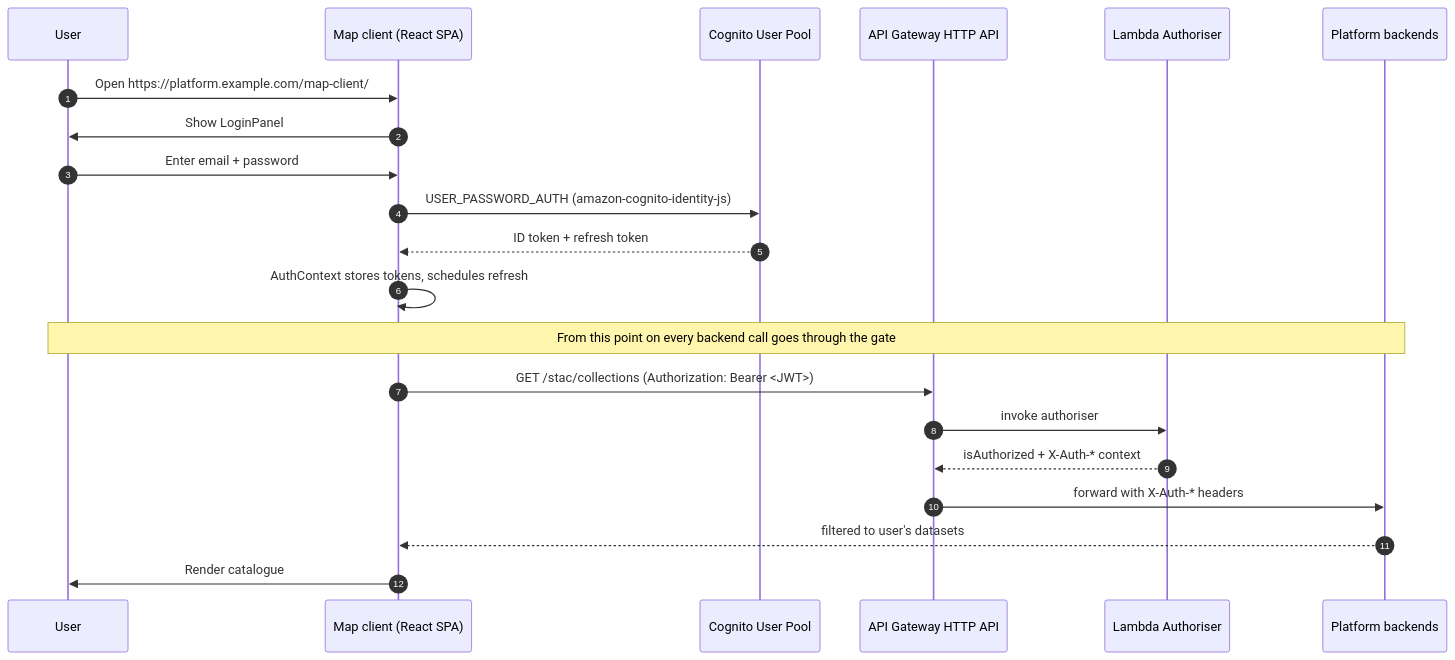
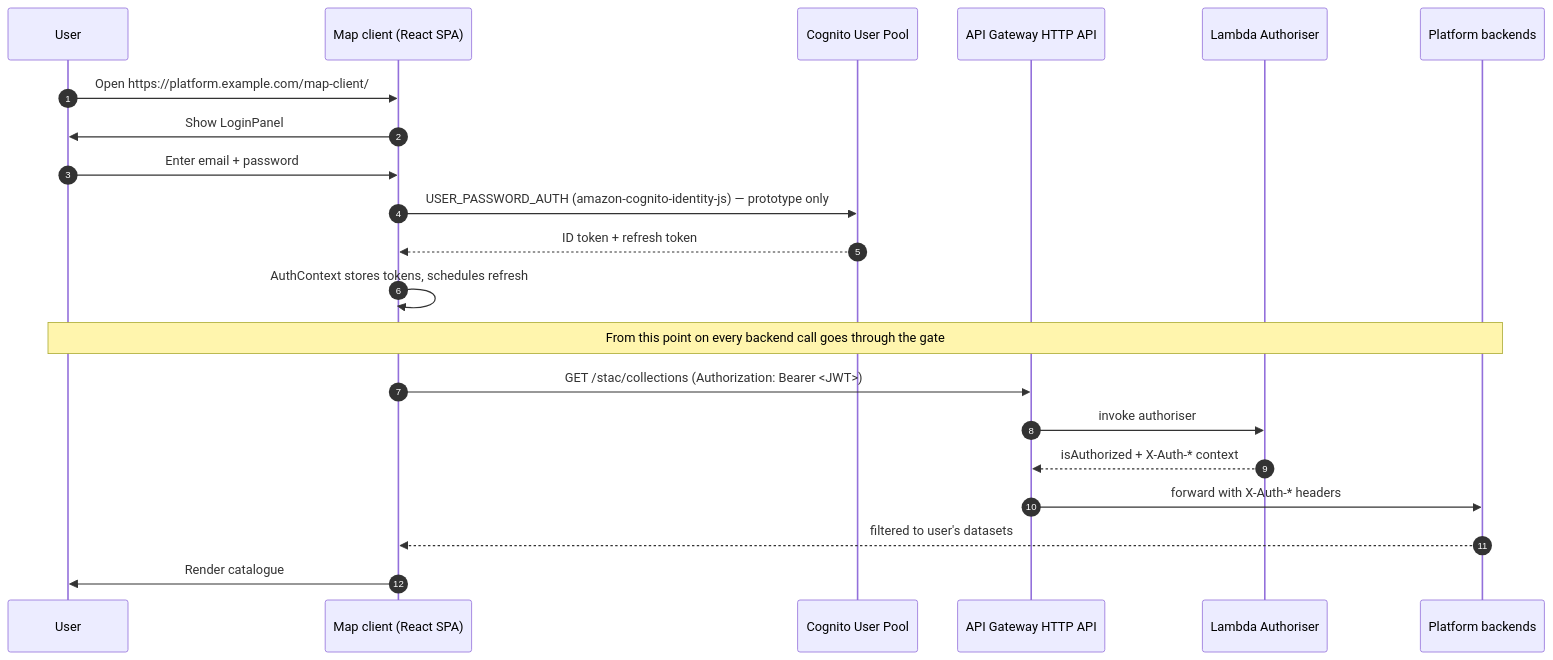
Before and after one commit to ericrmc/cloud-native-geospatial-design: the second of 2 diagrams in content/15_MAP_CLIENT.md, drawn with Mermaid. The commit also changed other lines of this file and 14 other files, not shown here.

````diff
--- a/content/15_MAP_CLIENT.md
+++ b/content/15_MAP_CLIENT.md
@@ -127,24 +127,24 @@
 ```mermaid
 sequenceDiagram
     autonumber
     participant U as User
     participant APP as Map client (React SPA)
     participant COG as Cognito User Pool
     participant GW as API Gateway HTTP API
     participant AZ as Lambda Authoriser
     participant BE as Platform backends
 
     U->>APP: Open https://platform.example.com/map-client/
     APP->>U: Show LoginPanel
     U->>APP: Enter email + password
-    APP->>COG: USER_PASSWORD_AUTH (amazon-cognito-identity-js)
+    APP->>COG: USER_PASSWORD_AUTH (amazon-cognito-identity-js) — prototype only
     COG-->>APP: ID token + refresh token
     APP->>APP: AuthContext stores tokens, schedules refresh
     Note over U,BE: From this point on every backend call goes through the gate
     APP->>GW: GET /stac/collections (Authorization: Bearer <JWT>)
     GW->>AZ: invoke authoriser
     AZ-->>GW: isAuthorized + X-Auth-* context
     GW->>BE: forward with X-Auth-* headers
     BE-->>APP: filtered to user's datasets
     APP->>U: Render catalogue
 ```
````
